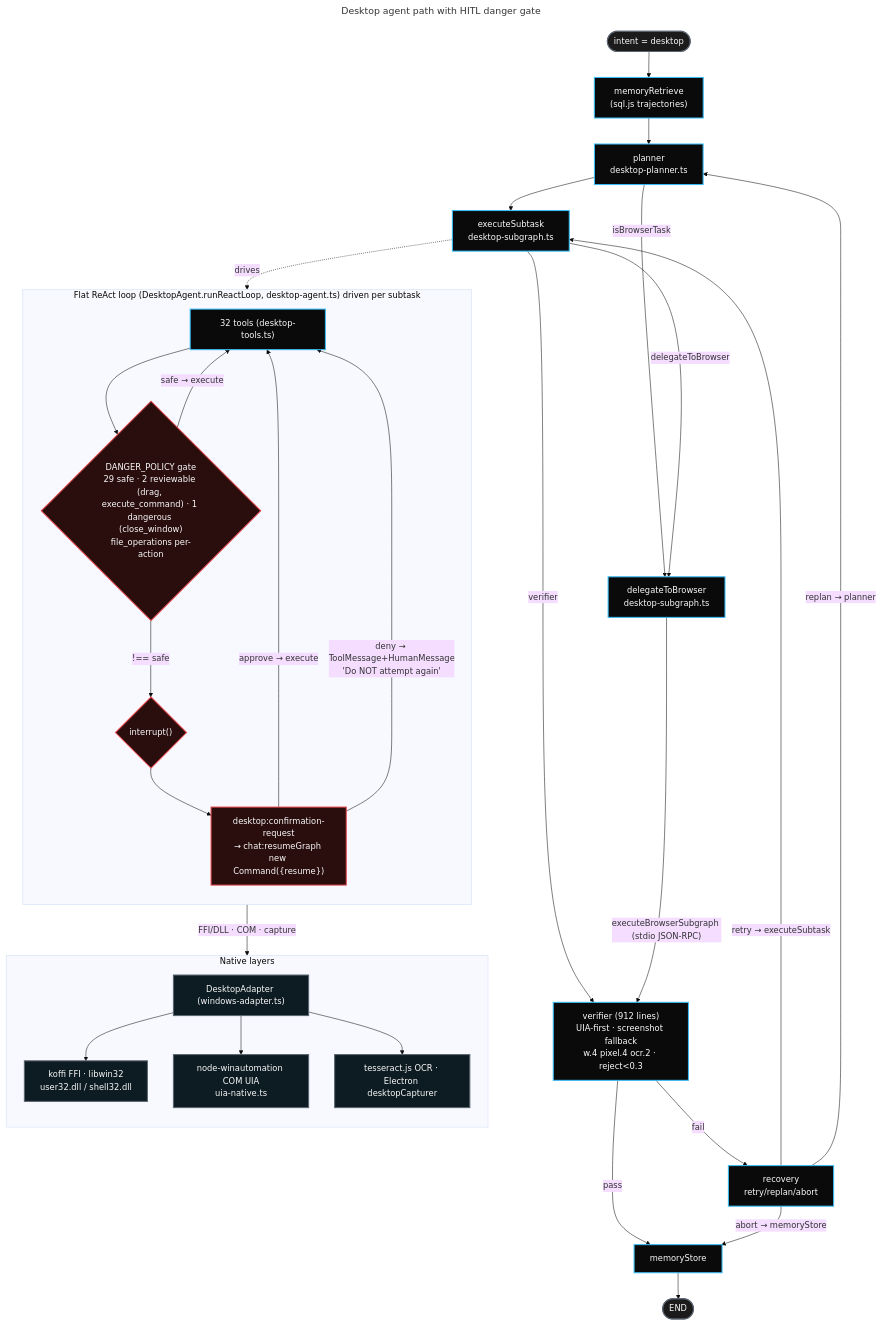
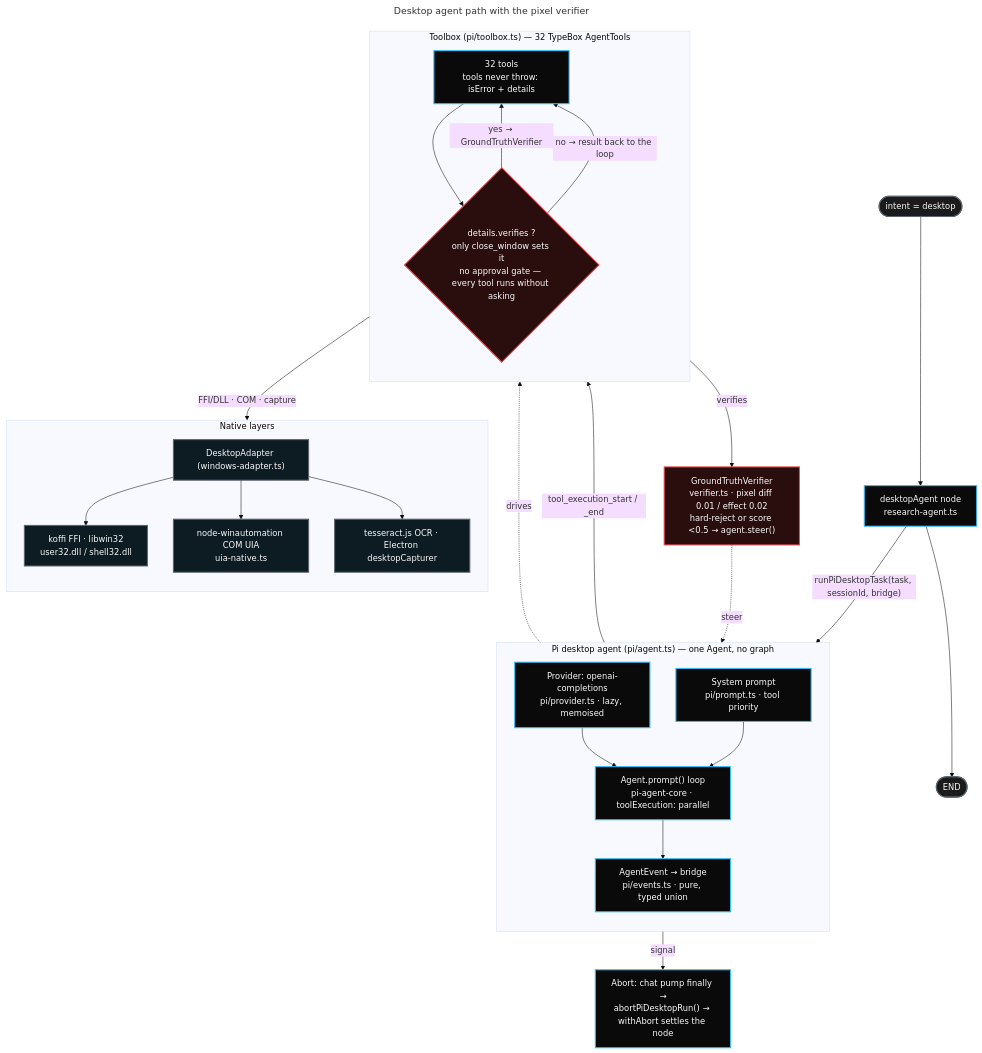
One commit to Launchero/Qyther changed the diagram in docs/diagrams/desktop-hitl.mmd. Above: the diagram before and after it, drawn with Mermaid (base theme). The commit also changed 14 other files, not shown here.

Commit message:
docs(diagrams): refresh architecture diagrams and regenerated screenshots

```diff
--- a/docs/diagrams/desktop-hitl.mmd
+++ b/docs/diagrams/desktop-hitl.mmd
@@ -1,57 +1,57 @@
 ---
-title: Desktop agent path with HITL danger gate
+title: Desktop agent path with the pixel verifier
 ---
-%%{accTitle: "Desktop path: intent desktop enters the 7-node subgraph (memoryRetrieve, planner, executeSubtask, delegateToBrowser, verifier, recovery, memoryStore). executeSubtask drives a flat ReAct loop; each tool call passes the DANGER_POLICY gate (29 safe, 2 reviewable, 1 dangerous), non-safe actions interrupt for approve or deny, then verify, recovery, and memoryStore. Tools reach Win32/UIA/OCR through the DesktopAdapter."}%%
+%%{accTitle: "Desktop path: intent desktop enters the AskGraph's desktopAgent node, which makes a single call to the Pi desktop agent — one Agent loop over 32 TypeBox tools, no subgraph. Pi owns the loop, streams typed AgentEvents into a bridge, and runs the automatic GroundTruthVerifier pixel check only for a tool whose result sets details.verifies (close_window today). There is no approval gate: every tool runs without asking. Cancelling a turn aborts the run through abortPiDesktopRun, and withAbort settles the node even if the model never answers. Tools reach Win32/UIA/OCR through the DesktopAdapter."}%%
 flowchart TB
   classDef node fill:#0a0a0a,stroke:#38bdf8,stroke-width:2px,color:#fafafa;
   classDef gate fill:#2a0d0d,stroke:#e5484d,color:#fafafa;
   classDef layer fill:#0d1b22,stroke:#5b6470,color:#fafafa;
   classDef term fill:#1b1b1b,stroke:#5b6470,color:#fafafa;
 
   IN(["intent = desktop"]):::term
-  MR["memoryRetrieve<br/>(sql.js trajectories)"]:::node
-  PL["planner<br/>desktop-planner.ts"]:::node
-  EX["executeSubtask<br/>desktop-subgraph.ts"]:::node
-  DB["delegateToBrowser<br/>desktop-subgraph.ts"]:::node
-  VF["verifier (912 lines)<br/>UIA-first · screenshot fallback<br/>w.4 pixel.4 ocr.2 · reject<0.3"]:::node
-  RC["recovery<br/>retry/replan/abort"]:::node
-  MS["memoryStore"]:::node
+  DN["desktopAgent node<br/>research-agent.ts"]:::node
   ENDN(["END"]):::term
 
-  IN --> MR --> PL --> EX
-  PL -- "isBrowserTask" --> DB
-  EX -- "verifier" --> VF
-  EX -- "delegateToBrowser" --> DB
-  DB -- "executeBrowserSubgraph (stdio JSON-RPC)" --> VF
-  VF -- "pass" --> MS
-  VF -- "fail" --> RC
-  RC -- "retry → executeSubtask" --> EX
-  RC -- "replan → planner" --> PL
-  RC -- "abort → memoryStore" --> MS
-  MS --> ENDN
+  IN --> DN --> ENDN
 
-  subgraph REACT["Flat ReAct loop (DesktopAgent.runReactLoop, desktop-agent.ts) driven per subtask"]
+  subgraph AGENT["Pi desktop agent (pi/agent.ts) — one Agent, no graph"]
     direction TB
-    TOOL["32 tools (desktop-tools.ts)"]:::node
-    DG{"DANGER_POLICY gate<br/>29 safe · 2 reviewable (drag, execute_command) · 1 dangerous (close_window)<br/>file_operations per-action "}:::gate
-    INT{"interrupt() "}:::gate
-    HITL["desktop:confirmation-request<br/>→ chat:resumeGraph new Command({resume})"]:::gate
-    TOOL --> DG
-    DG -- "safe → execute" --> TOOL
-    DG -- "!== safe" --> INT --> HITL
-    HITL -- "approve → execute" --> TOOL
-    HITL -- "deny → ToolMessage+HumanMessage<br/>'Do NOT attempt again'" --> TOOL
+    PR["Provider: openai-completions<br/>pi/provider.ts · lazy, memoised"]:::node
+    SP["System prompt<br/>pi/prompt.ts · tool priority"]:::node
+    LOOP["Agent.prompt() loop<br/>pi-agent-core · toolExecution: parallel"]:::node
+    BR["AgentEvent → bridge<br/>pi/events.ts · pure, typed union"]:::node
+    PR --> LOOP
+    SP --> LOOP
+    LOOP --> BR
   end
-  EX -.drives.-> TOOL
+  DN -- "runPiDesktopTask(task, sessionId, bridge)" --> LOOP
+
+  subgraph REACT["Toolbox (pi/toolbox.ts) — 32 TypeBox AgentTools"]
+    direction TB
+    TOOL["32 tools<br/>tools never throw: isError + details"]:::node
+    SHOT{"details.verifies ?<br/>only close_window sets it<br/>no approval gate — every tool runs without asking"}:::gate
+    TOOL --> SHOT
+    SHOT -- "yes → GroundTruthVerifier" --> TOOL
+    SHOT -- "no → result back to the loop" --> TOOL
+  end
+  BR -- "tool_execution_start / _end" --> TOOL
+  LOOP -.drives.-> TOOL
+
+  VF["GroundTruthVerifier<br/>verifier.ts · pixel diff 0.01 / effect 0.02<br/>hard-reject or score &lt;0.5 → agent.steer()"]:::gate
+  SHOT -- "verifies" --> VF
+  VF -.steer.-> LOOP
+
+  AB["Abort: chat pump finally →<br/>abortPiDesktopRun() → withAbort settles the node"]:::node
+  LOOP -- "signal" --> AB
 
   subgraph BACKEND["Native layers"]
     direction TB
     AD["DesktopAdapter (windows-adapter.ts)"]:::layer
     W32["koffi FFI · libwin32<br/>user32.dll / shell32.dll"]:::layer
     UIA["node-winautomation COM UIA<br/>uia-native.ts"]:::layer
     OCR["tesseract.js OCR · Electron desktopCapturer"]:::layer
     AD --> W32
     AD --> UIA
     AD --> OCR
   end
   TOOL -- "FFI/DLL · COM · capture" --> AD
```
